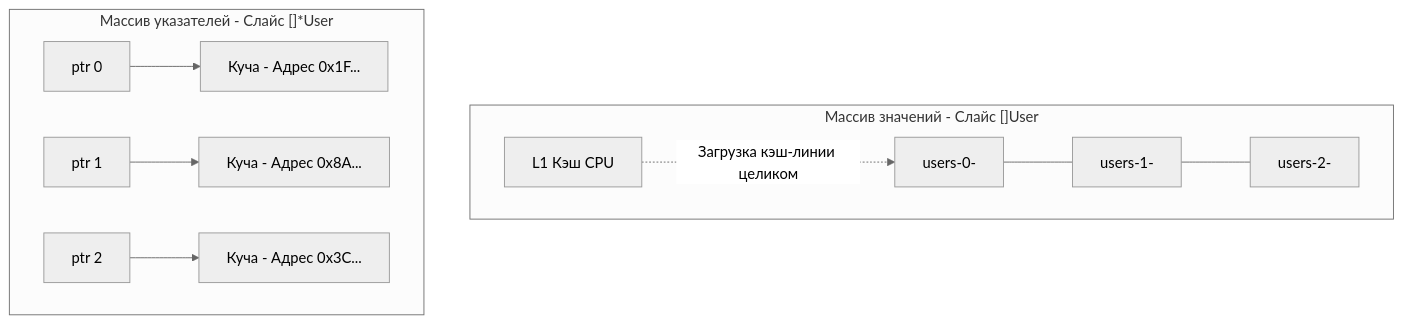
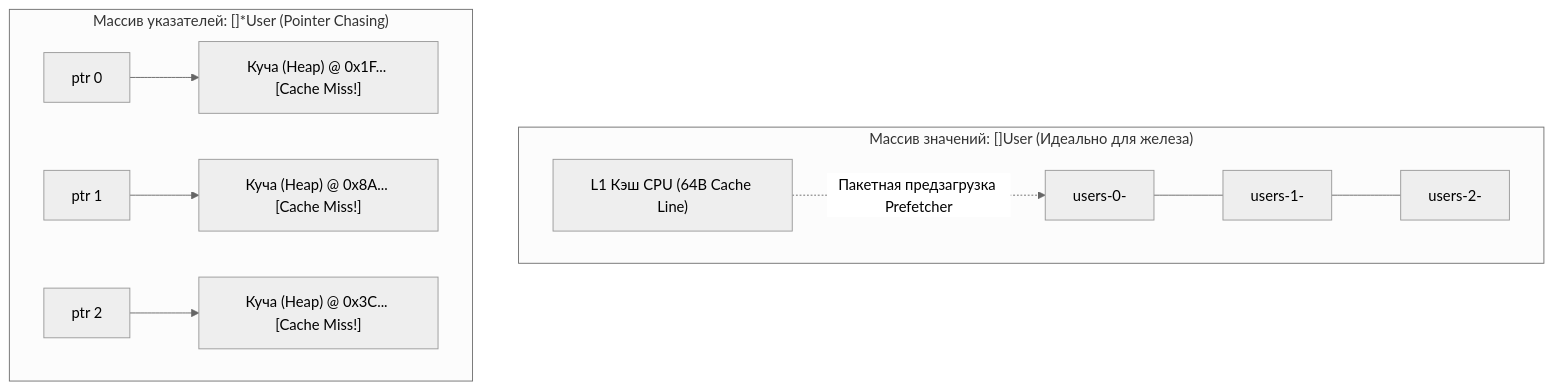
Before and after one commit to UnrealTemplier/go-textbook: the diagram in sources/1. Архитектура компьютера/40. Mechanical Sympathy. Как писать код с учетом устройства железа.md, drawn with Mermaid (neutral theme). The commit also changed other lines of this file, not shown here.

````diff
--- a/sources/1. Архитектура компьютера/40. Mechanical Sympathy. Как писать код с учетом устройства железа.md
+++ b/sources/1. Архитектура компьютера/40. Mechanical Sympathy. Как писать код с учетом устройства железа.md
@@ -31,13 +41,13 @@
 ```mermaid
 flowchart TD
-    subgraph Value_Semantics ["Массив значений - Слайс []User"]
+    subgraph Value_Semantics ["Массив значений: []User (Идеально для железа)"]
         A["users-0-"] --- B["users-1-"] --- C["users-2-"]
-        L1["L1 Кэш CPU"] -.->|"Загрузка кэш-линии целиком"| A
+        L1["L1 Кэш CPU (64B Cache Line)"] -.->|"Пакетная предзагрузка Prefetcher"| A
     end
 
-    subgraph Pointer_Chasing ["Массив указателей - Слайс []*User"]
-        PTR1["ptr 0"] --> H1["Куча - Адрес 0x1F..."]
-        PTR2["ptr 1"] --> H2["Куча - Адрес 0x8A..."]
-        PTR3["ptr 2"] --> H3["Куча - Адрес 0x3C..."]
+    subgraph Pointer_Chasing ["Массив указателей: []*User (Pointer Chasing)"]
+        PTR1["ptr 0"] --> H1["Куча (Heap) @ 0x1F... [Cache Miss!]"]
+        PTR2["ptr 1"] --> H2["Куча (Heap) @ 0x8A... [Cache Miss!]"]
+        PTR3["ptr 2"] --> H3["Куча (Heap) @ 0x3C... [Cache Miss!]"]
     end
 ```
````
